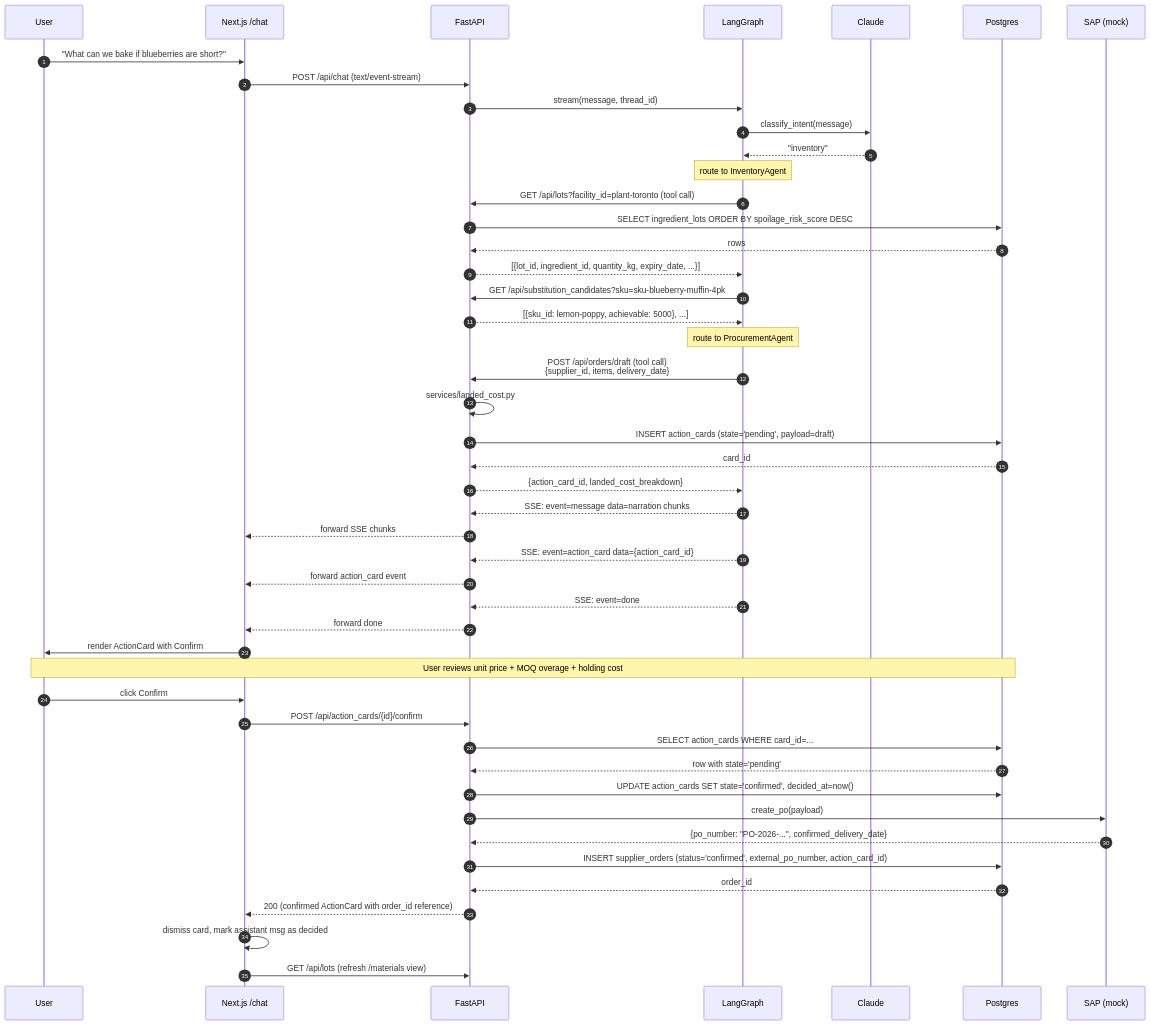
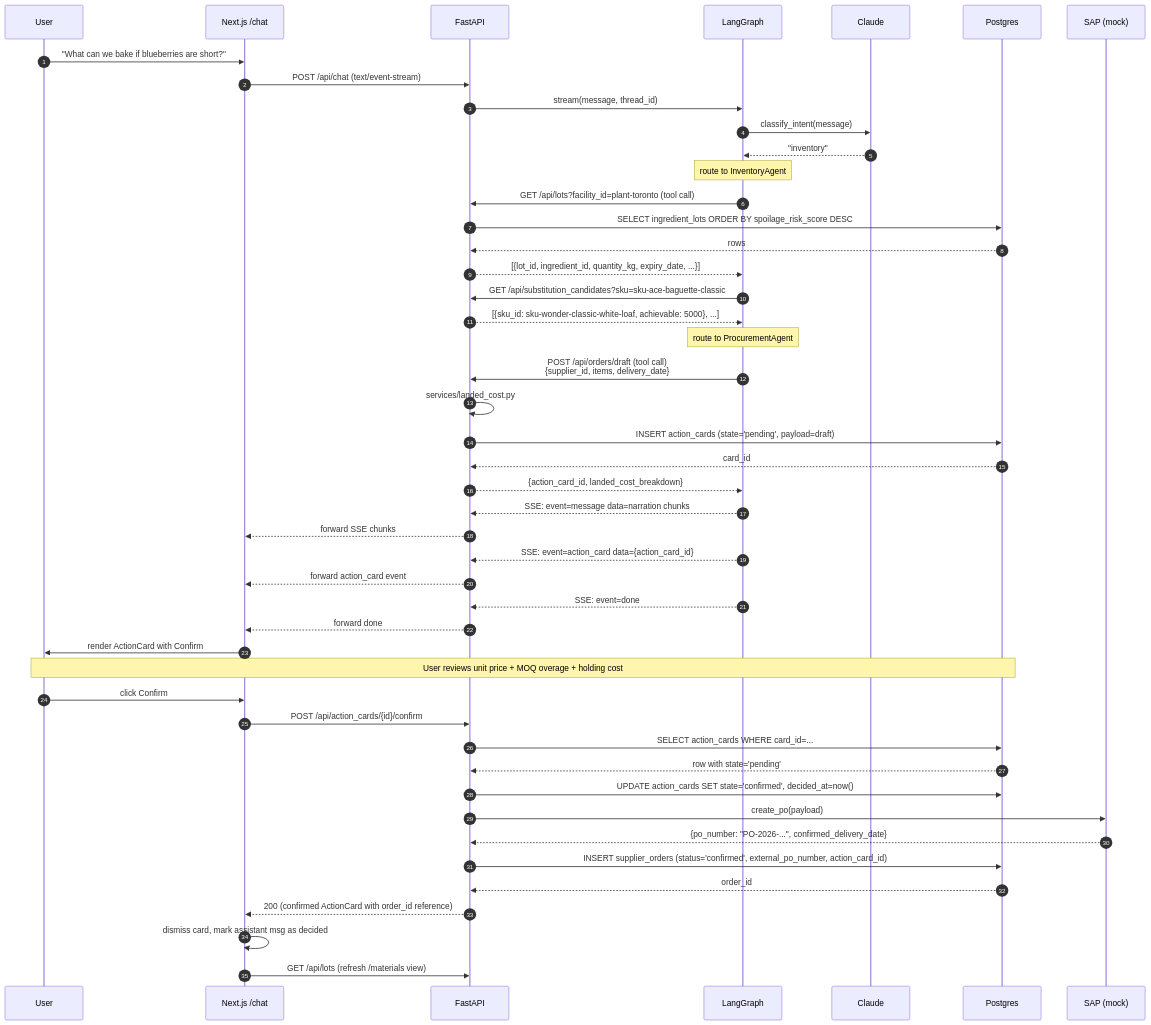
The first of 3 diagrams in docs/data-flow.md (PantryPilot/BakeryPilot), drawn with Mermaid before and after one commit. The commit also changed 25 other files, not shown here.

````diff
--- a/docs/data-flow.md
+++ b/docs/data-flow.md
@@ -13,61 +13,61 @@
 ```mermaid
 sequenceDiagram
     autonumber
     participant U as User
     participant FE as Next.js /chat
     participant API as FastAPI
     participant AG as LangGraph
     participant LLM as Claude
     participant DB as Postgres
     participant SAP as SAP (mock)
 
     U->>FE: "What can we bake if blueberries are short?"
     FE->>API: POST /api/chat (text/event-stream)
     API->>AG: stream(message, thread_id)
 
     AG->>LLM: classify_intent(message)
     LLM-->>AG: "inventory"
 
     Note over AG: route to InventoryAgent
 
     AG->>API: GET /api/lots?facility_id=plant-toronto (tool call)
     API->>DB: SELECT ingredient_lots ORDER BY spoilage_risk_score DESC
     DB-->>API: rows
     API-->>AG: [{lot_id, ingredient_id, quantity_kg, expiry_date, ...}]
 
-    AG->>API: GET /api/substitution_candidates?sku=sku-blueberry-muffin-4pk
-    API-->>AG: [{sku_id: lemon-poppy, achievable: 5000}, ...]
+    AG->>API: GET /api/substitution_candidates?sku=sku-ace-baguette-classic
+    API-->>AG: [{sku_id: sku-wonder-classic-white-loaf, achievable: 5000}, ...]
 
     Note over AG: route to ProcurementAgent
 
     AG->>API: POST /api/orders/draft (tool call)<br/>{supplier_id, items, delivery_date}
     API->>API: services/landed_cost.py
     API->>DB: INSERT action_cards (state='pending', payload=draft)
     DB-->>API: card_id
     API-->>AG: {action_card_id, landed_cost_breakdown}
 
     AG-->>API: SSE: event=message  data=narration chunks
     API-->>FE: forward SSE chunks
     AG-->>API: SSE: event=action_card  data={action_card_id}
     API-->>FE: forward action_card event
     AG-->>API: SSE: event=done
     API-->>FE: forward done
 
     FE->>U: render ActionCard with Confirm
 
     Note over U,DB: User reviews unit price + MOQ overage + holding cost
 
     U->>FE: click Confirm
     FE->>API: POST /api/action_cards/{id}/confirm
     API->>DB: SELECT action_cards WHERE card_id=...
     DB-->>API: row with state='pending'
     API->>DB: UPDATE action_cards SET state='confirmed', decided_at=now()
     API->>SAP: create_po(payload)
     SAP-->>API: {po_number: "PO-2026-...", confirmed_delivery_date}
     API->>DB: INSERT supplier_orders (status='confirmed', external_po_number, action_card_id)
     DB-->>API: order_id
     API-->>FE: 200 (confirmed ActionCard with order_id reference)
 
     FE->>FE: dismiss card, mark assistant msg as decided
     FE->>API: GET /api/lots (refresh /materials view)
 ```
````
